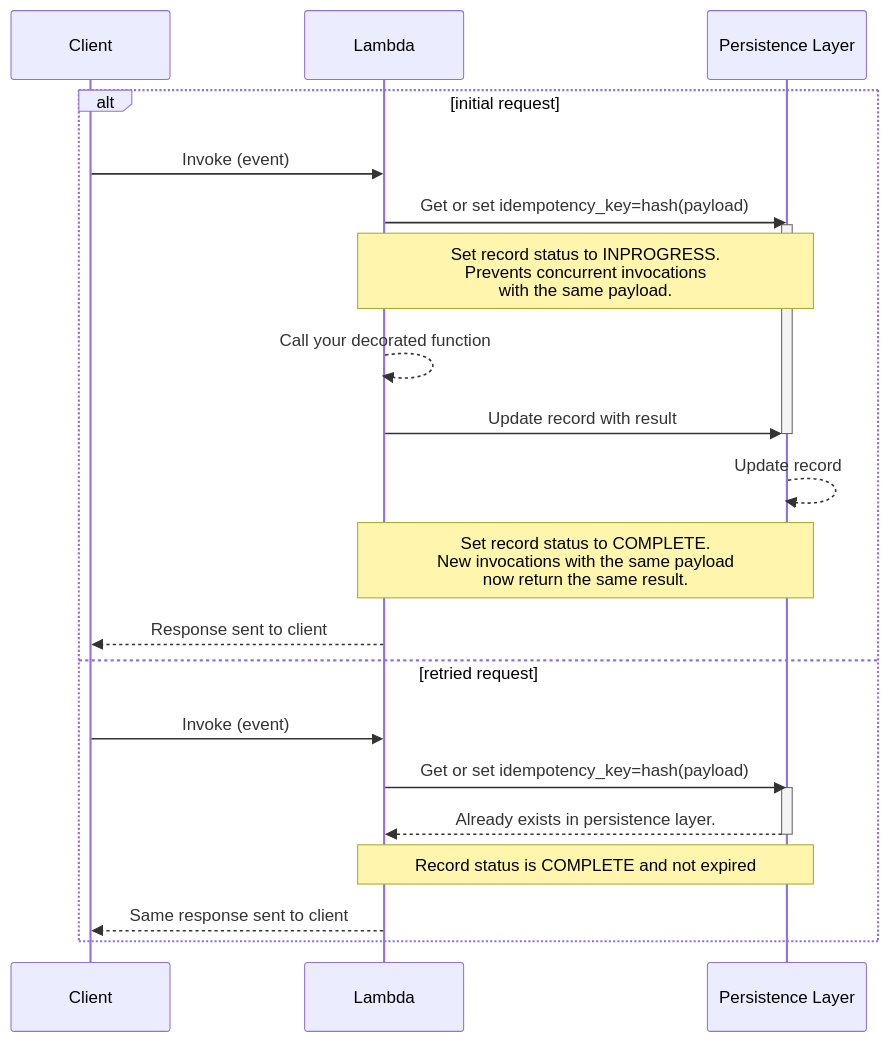
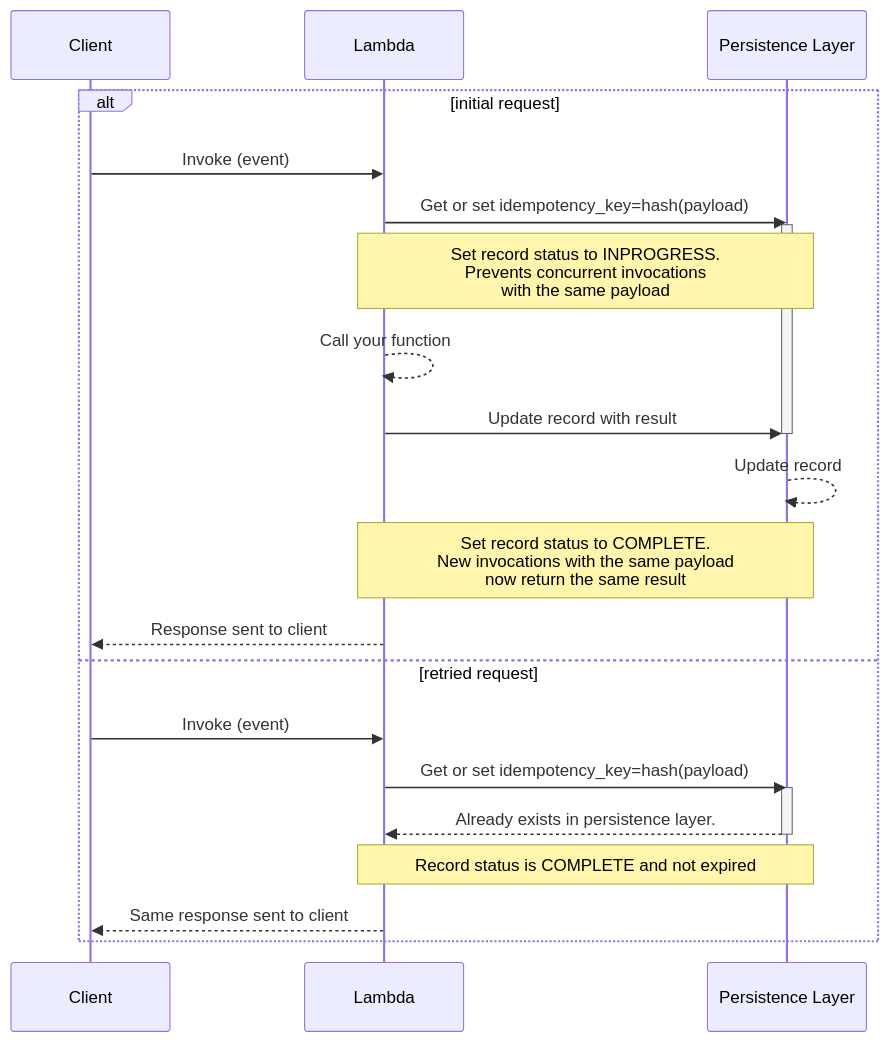
The first of 5 diagrams in docs/utilities/idempotency.md (aws-powertools/powertools-lambda-python), drawn with Mermaid before and after one commit. The commit also changed other lines of this file, not shown here.

Commit message:
docs: new sequence diag on expiration

````diff
--- a/docs/utilities/idempotency.md
+++ b/docs/utilities/idempotency.md
@@ -383,26 +383,26 @@
 ```mermaid
 sequenceDiagram
     participant Client
     participant Lambda
     participant Persistence Layer
     alt initial request
         Client->>Lambda: Invoke (event)
         Lambda->>Persistence Layer: Get or set idempotency_key=hash(payload)
         activate Persistence Layer
-        Note over Lambda,Persistence Layer: Set record status to INPROGRESS. <br> Prevents concurrent invocations <br> with the same payload.
-        Lambda-->>Lambda: Call your decorated function
+        Note over Lambda,Persistence Layer: Set record status to INPROGRESS. <br> Prevents concurrent invocations <br> with the same payload
+        Lambda-->>Lambda: Call your function
         Lambda->>Persistence Layer: Update record with result
         deactivate Persistence Layer
         Persistence Layer-->>Persistence Layer: Update record
-        Note over Lambda,Persistence Layer: Set record status to COMPLETE. <br> New invocations with the same payload <br> now return the same result.
+        Note over Lambda,Persistence Layer: Set record status to COMPLETE. <br> New invocations with the same payload <br> now return the same result
         Lambda-->>Client: Response sent to client
     else retried request
         Client->>Lambda: Invoke (event)
         Lambda->>Persistence Layer: Get or set idempotency_key=hash(payload)
         activate Persistence Layer
         Persistence Layer-->>Lambda: Already exists in persistence layer.
         deactivate Persistence Layer
         Note over Lambda,Persistence Layer: Record status is COMPLETE and not expired
         Lambda-->>Client: Same response sent to client
     end
 ```
````
